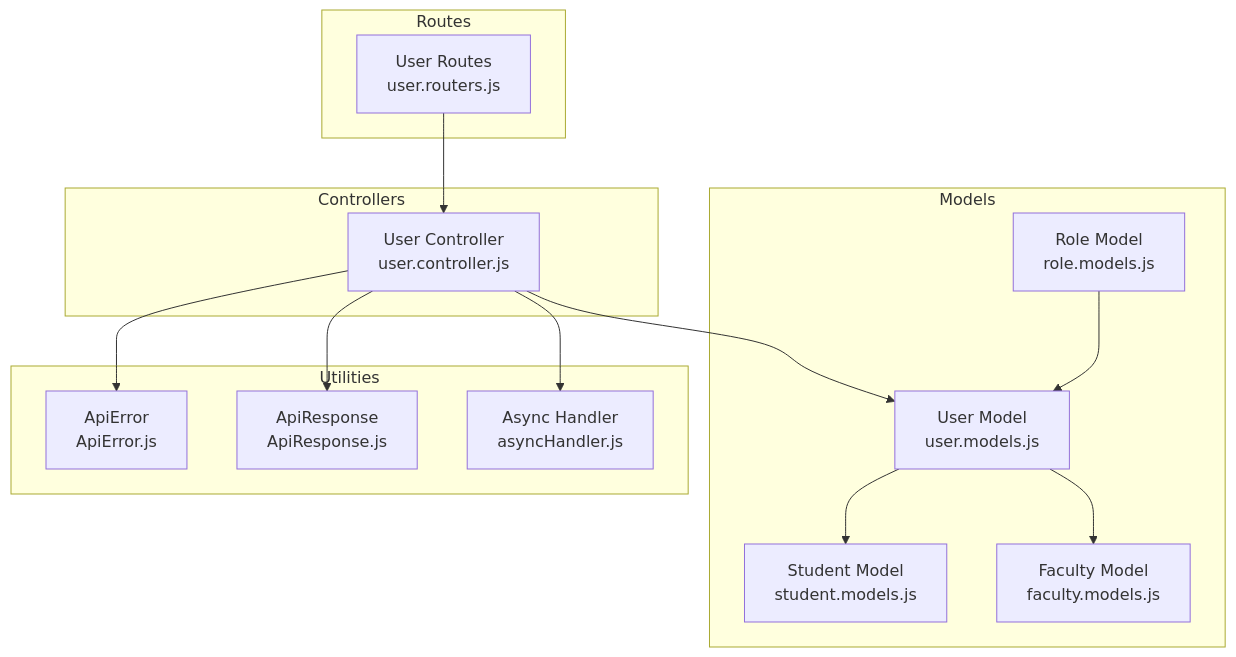
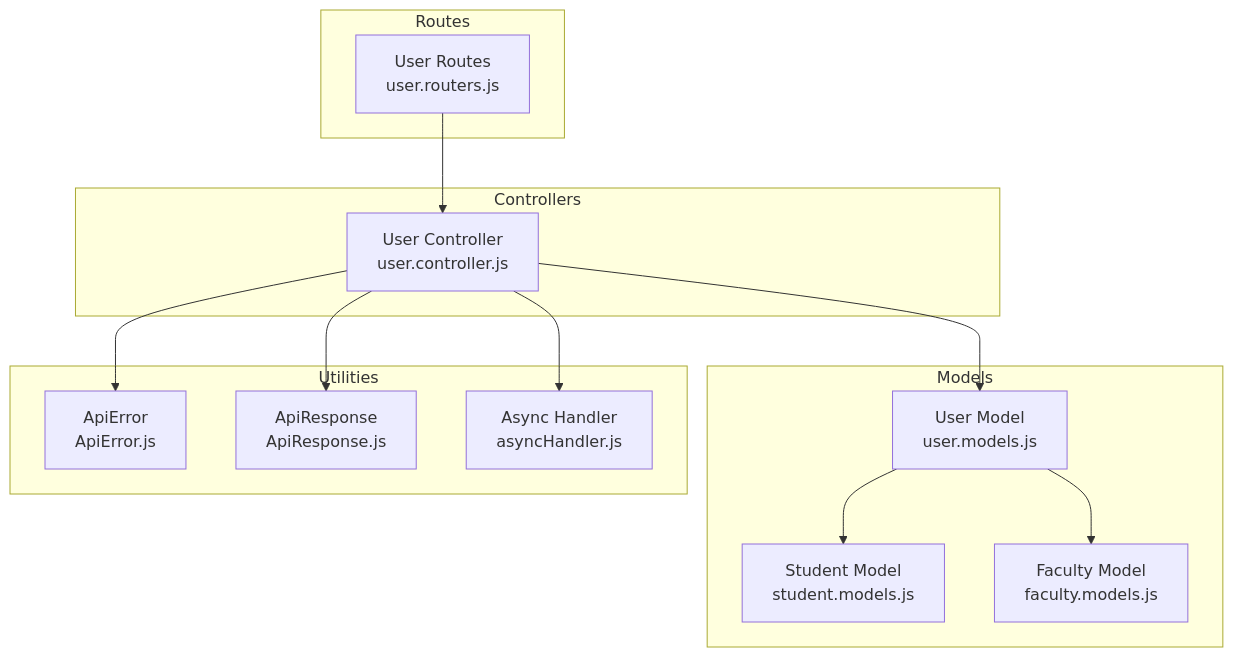
One commit to Aryan9060/Timetable-Project changed the first of 9 diagrams in .qoder/repowiki/en/content/Data Models & Database Schema/Core User Model.md. Above: the diagram before and after it, drawn with Mermaid. The commit also changed other lines of this file and 21 other files, not shown here.

````diff
--- a/.qoder/repowiki/en/content/Data Models & Database Schema/Core User Model.md
+++ b/.qoder/repowiki/en/content/Data Models & Database Schema/Core User Model.md
@@ -33,28 +41,26 @@
 ```mermaid
 graph TB
 subgraph "Models"
 UM["User Model<br/>user.models.js"]
-RM["Role Model<br/>role.models.js"]
 SM["Student Model<br/>student.models.js"]
 FM["Faculty Model<br/>faculty.models.js"]
 end
 subgraph "Controllers"
 UC["User Controller<br/>user.controller.js"]
 end
 subgraph "Routes"
 UR["User Routes<br/>user.routers.js"]
 end
 subgraph "Utilities"
 AE["ApiError<br/>ApiError.js"]
 AR["ApiResponse<br/>ApiResponse.js"]
 AH["Async Handler<br/>asyncHandler.js"]
 end
 UR --> UC
 UC --> UM
 UM --> SM
 UM --> FM
-RM --> UM
 UC --> AE
 UC --> AR
 UC --> AH
 ```
````
